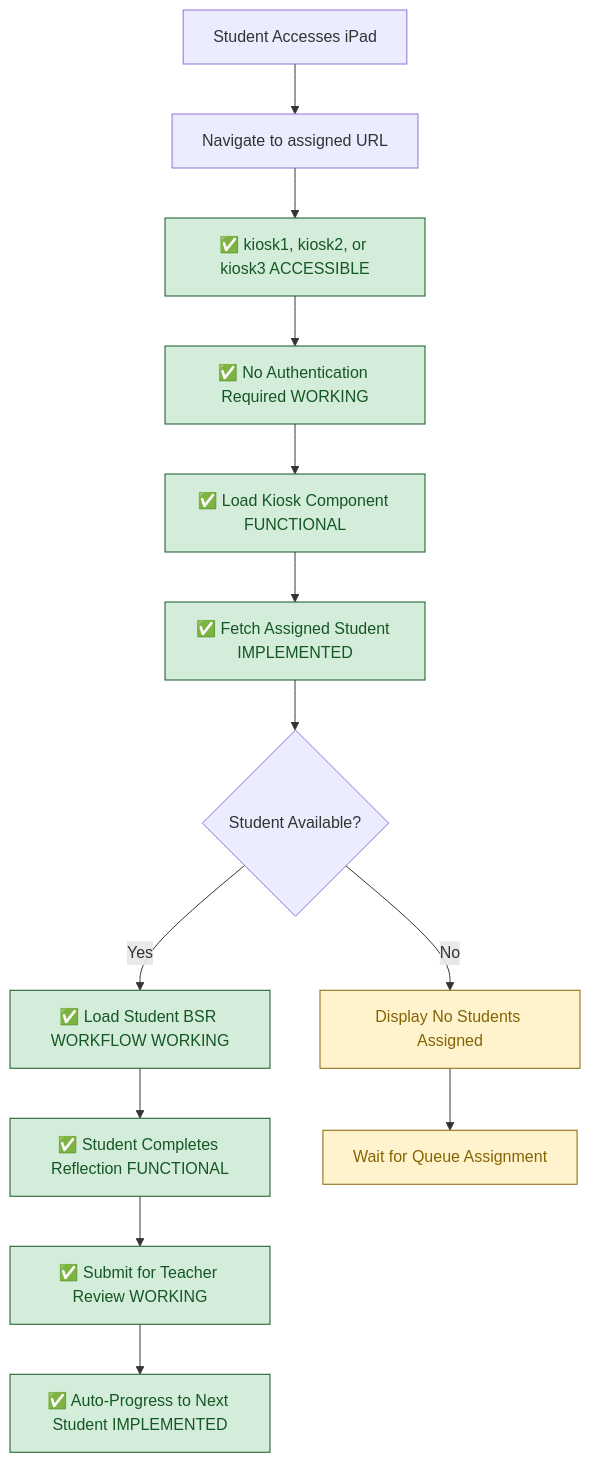
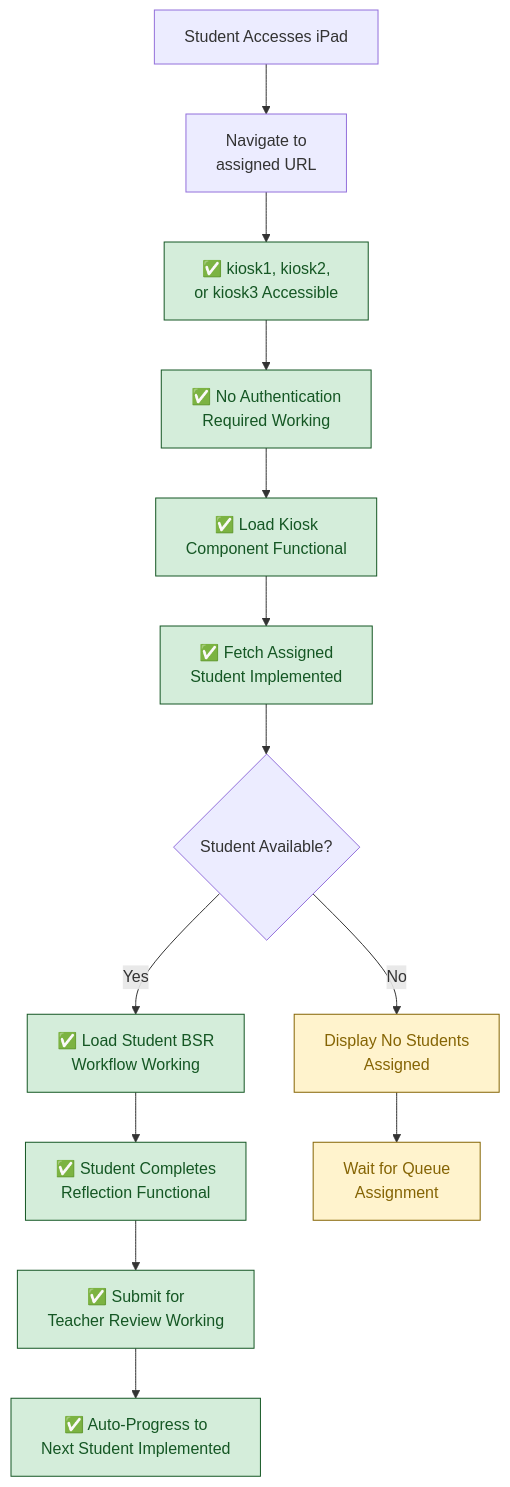
One commit to Splurfa/bx-os changed the second of 5 diagrams in docs/flowcharts/Current-State/02-current-kiosk-system-complete.md. Above: the diagram before and after it, drawn with Mermaid. The commit also changed other lines of this file and 11 other files, not shown here.

Commit message:
Fix flowchart text wrapping

````diff
--- a/docs/flowcharts/Current-State/02-current-kiosk-system-complete.md
+++ b/docs/flowcharts/Current-State/02-current-kiosk-system-complete.md
@@ -37,25 +37,25 @@
 ```mermaid
 flowchart TD
-    A[Student Accesses iPad] --> B[Navigate to assigned URL]
-    B --> C[✅ kiosk1, kiosk2, or kiosk3 ACCESSIBLE]
-    C --> D[✅ No Authentication Required WORKING]
+    A[Student Accesses iPad] --> B[Navigate to<br/>assigned URL]
+    B --> C[✅ kiosk1, kiosk2,<br/>or kiosk3 Accessible]
+    C --> D[✅ No Authentication<br/>Required Working]
     
-    D --> E[✅ Load Kiosk Component FUNCTIONAL]
-    E --> F[✅ Fetch Assigned Student IMPLEMENTED]
+    D --> E[✅ Load Kiosk<br/>Component Functional]
+    E --> F[✅ Fetch Assigned<br/>Student Implemented]
     F --> G{Student Available?}
     
-    G -->|Yes| H[✅ Load Student BSR WORKFLOW WORKING]
-    G -->|No| I[Display No Students Assigned]
+    G -->|Yes| H[✅ Load Student BSR<br/>Workflow Working]
+    G -->|No| I[Display No Students<br/>Assigned]
     
-    H --> J[✅ Student Completes Reflection FUNCTIONAL]
-    J --> K[✅ Submit for Teacher Review WORKING]
-    K --> L[✅ Auto-Progress to Next Student IMPLEMENTED]
+    H --> J[✅ Student Completes<br/>Reflection Functional]
+    J --> K[✅ Submit for<br/>Teacher Review Working]
+    K --> L[✅ Auto-Progress to<br/>Next Student Implemented]
     
-    I --> M[Wait for Queue Assignment]
+    I --> M[Wait for Queue<br/>Assignment]
     
     classDef working fill:#d4edda,stroke:#155724,color:#155724
     classDef ready fill:#fff3cd,stroke:#856404,color:#856404
     
     class C,D,E,F,H,J,K,L working
     class I,M ready
 ```
````
